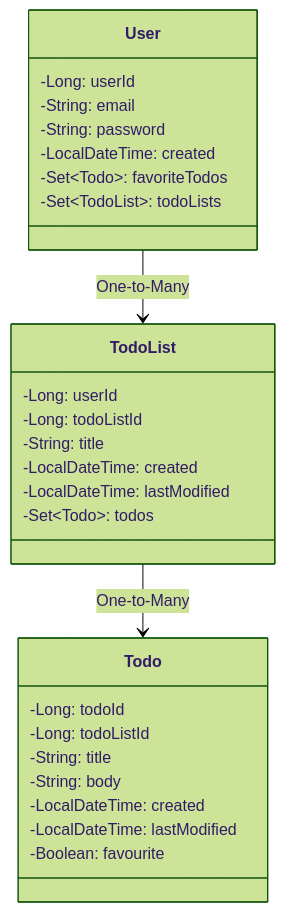
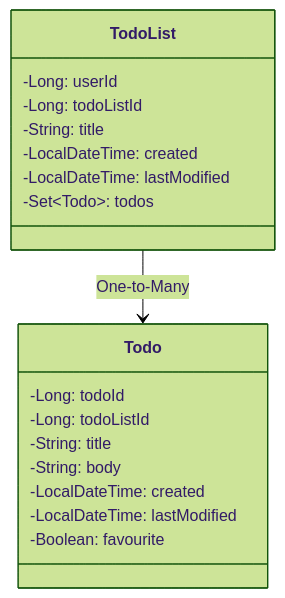
Before and after one commit to evans-p/todo-full-stack-app-backend: the first of 2 diagrams in README.md, drawn with Mermaid (forest theme).

Commit message:
cleanup on README.md

````diff
--- a/README.md
+++ b/README.md
@@ -15,30 +15,21 @@
 ```mermaid
 classDiagram
-    class User {
-        -Long: userId
-        -String: email
-        -String: password
-        -LocalDateTime: created
-        -Set~Todo~: favoriteTodos
-        -Set~TodoList~: todoLists
-    }
     class TodoList {
         -Long: userId
         -Long: todoListId
         -String: title
         -LocalDateTime: created
         -LocalDateTime: lastModified
         -Set~Todo~: todos
     }
     class Todo {
         -Long: todoId
         -Long: todoListId
         -String: title
         -String: body
         -LocalDateTime: created
         -LocalDateTime: lastModified
         -Boolean: favourite
     }
-    User --> TodoList: One-to-Many
     TodoList --> Todo: One-to-Many
 ```
````
